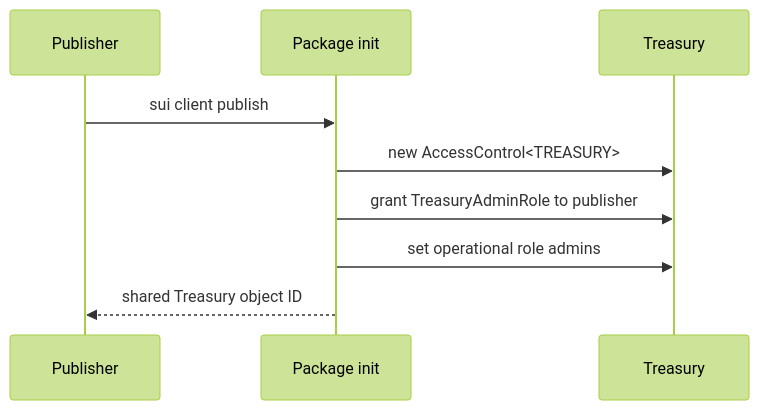
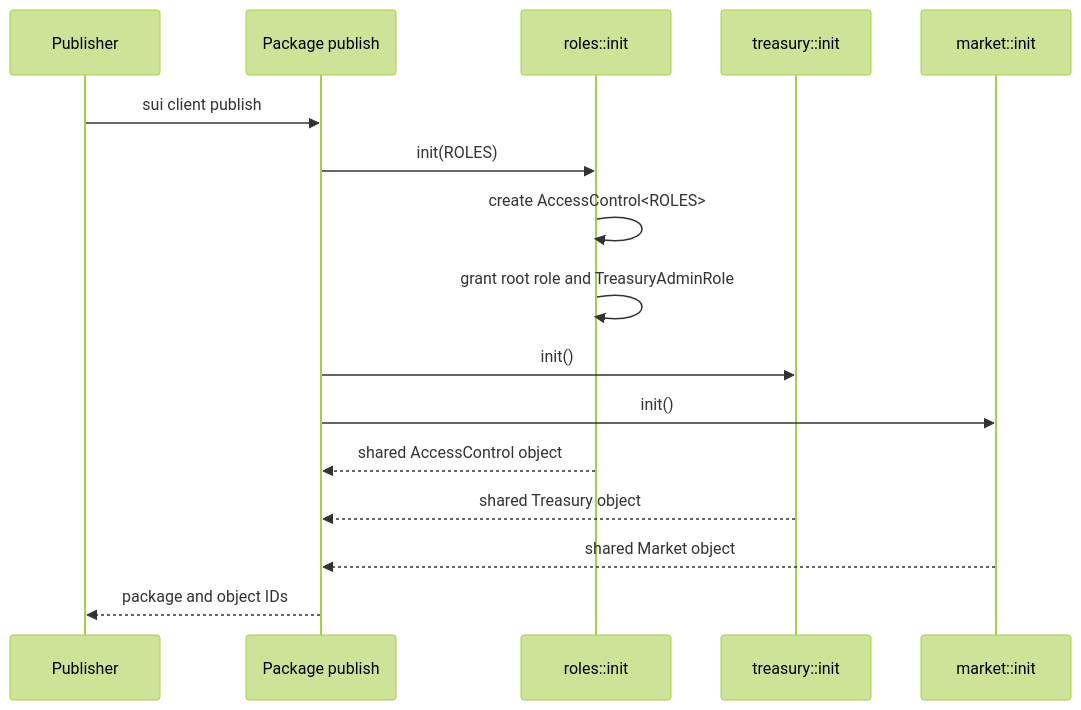
The third of 8 diagrams in content/contracts-sui/1.x/guides/access-control.mdx (OpenZeppelin/docs), drawn with Mermaid (forest theme) before and after one commit. The commit also changed other lines of this file and 1 other file, not shown here.

````diff
--- a/content/contracts-sui/1.x/guides/access-control.mdx
+++ b/content/contracts-sui/1.x/guides/access-control.mdx
@@ -206,11 +188,18 @@
 ```mermaid
 sequenceDiagram
     participant Publisher
-    participant Package as Package init
-    participant Treasury
-    Publisher->>Package: sui client publish
-    Package->>Treasury: new AccessControl<TREASURY>
-    Package->>Treasury: grant TreasuryAdminRole to publisher
-    Package->>Treasury: set operational role admins
-    Package-->>Publisher: shared Treasury object ID
+    participant Publish as Package publish
+    participant Roles as roles::init
+    participant Treasury as treasury::init
+    participant Market as market::init
+    Publisher->>Publish: sui client publish
+    Publish->>Roles: init(ROLES)
+    Roles->>Roles: create AccessControl<ROLES>
+    Roles->>Roles: grant root role and TreasuryAdminRole
+    Publish->>Treasury: init()
+    Publish->>Market: init()
+    Roles-->>Publish: shared AccessControl object
+    Treasury-->>Publish: shared Treasury object
+    Market-->>Publish: shared Market object
+    Publish-->>Publisher: package and object IDs
 ```
````
